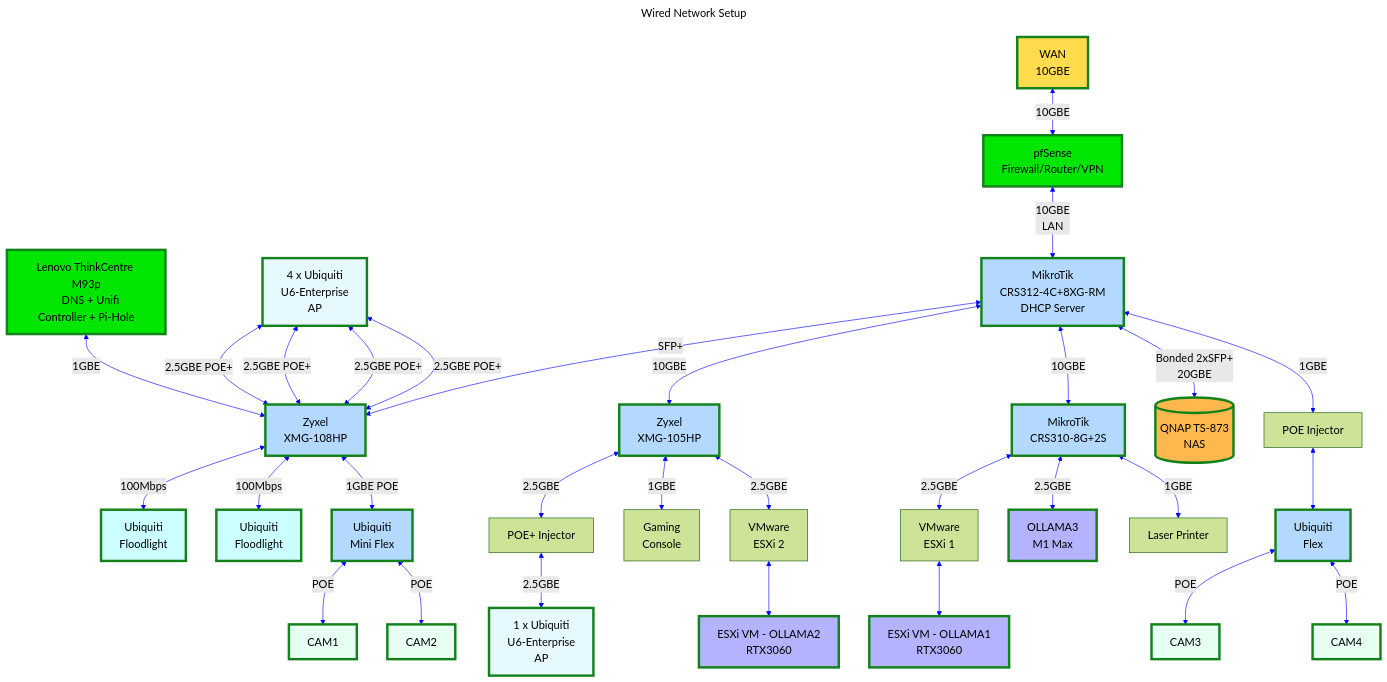
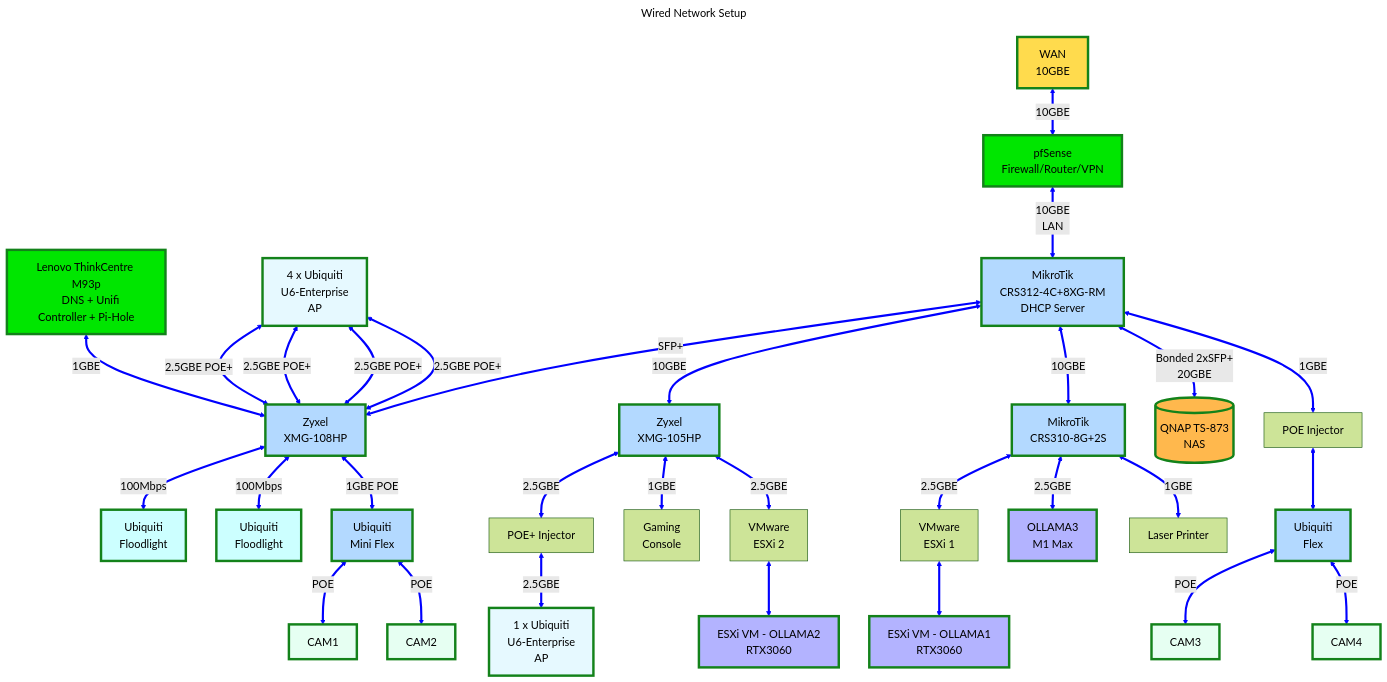
Before and after one commit to ovaisq/processes: the diagram in petprojects/network.md, drawn with Mermaid.

Commit message:
Updated Wired Network Diagram

````diff
--- a/petprojects/network.md
+++ b/petprojects/network.md
@@ -85,36 +85,36 @@
     CAM3[CAM3]
     CAM4[CAM4]
 
-    Z <--10GBE--> A
-    A <--10GBE
-    LAN--> C
+    Z <==10GBE==> A
+    A <==10GBE
+    LAN==> C
 
-    C <--SFP+--> B
-    B <--100Mbps--> FL1
-    B <--100Mbps--> FL2
-    C <--10GBE--> D
-    C <--10GBE--> E
-    C <--Bonded 2xSFP+
-    20GBE--> QNAP
+    C <==SFP+==> B
+    B <==100Mbps==> FL1
+    B <==100Mbps==> FL2
+    C <==10GBE==> D
+    C <==10GBE==> E
+    C <==Bonded 2xSFP+
+    20GBE==> QNAP
 
-    G <--1GBE--> B
-    D <--2.5GBE--> FB <--2.5GBE--> F
-    E <--2.5GBE--> HA
-    E <--2.5GBE--> HB
-    E <--1GBE--> HC
-    HA <--> GPU1
-    C <--1GBE--> FC <--> J
-    J <--POE--> CAM3
-    J <--POE--> CAM4
-    B <--1GBE POE--> H
-    H <--POE--> CAM1
-    H <--POE--> CAM2
-    HA2 <--> GPU2
-    D <--1GBE--> PS5
-    D <--2.5GBE--> HA2
-    FA <--2.5GBE POE+--> B
-    FA <--2.5GBE POE+--> B
-    FA <--2.5GBE POE+--> B
-    FA <--2.5GBE POE+--> B
+    G <==1GBE==> B
+    D <==2.5GBE==> FB <==2.5GBE==> F
+    E <==2.5GBE==> HA
+    E <==2.5GBE==> HB
+    E <==1GBE==> HC
+    HA <==> GPU1
+    C <==1GBE==> FC <==> J
+    J <==POE==> CAM3
+    J <==POE==> CAM4
+    B <==1GBE POE==> H
+    H <==POE==> CAM1
+    H <==POE==> CAM2
+    HA2 <==> GPU2
+    D <==1GBE==> PS5
+    D <==2.5GBE==> HA2
+    FA <==2.5GBE POE+==> B
+    FA <==2.5GBE POE+==> B
+    FA <==2.5GBE POE+==> B
+    FA <==2.5GBE POE+==> B
 
 ```
````
